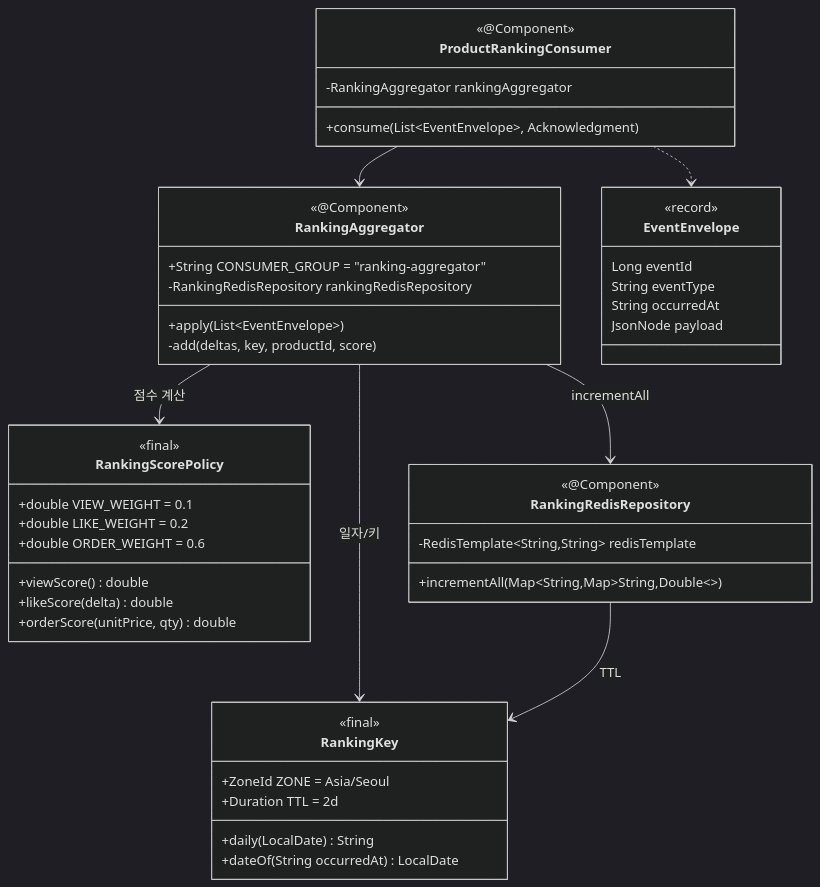
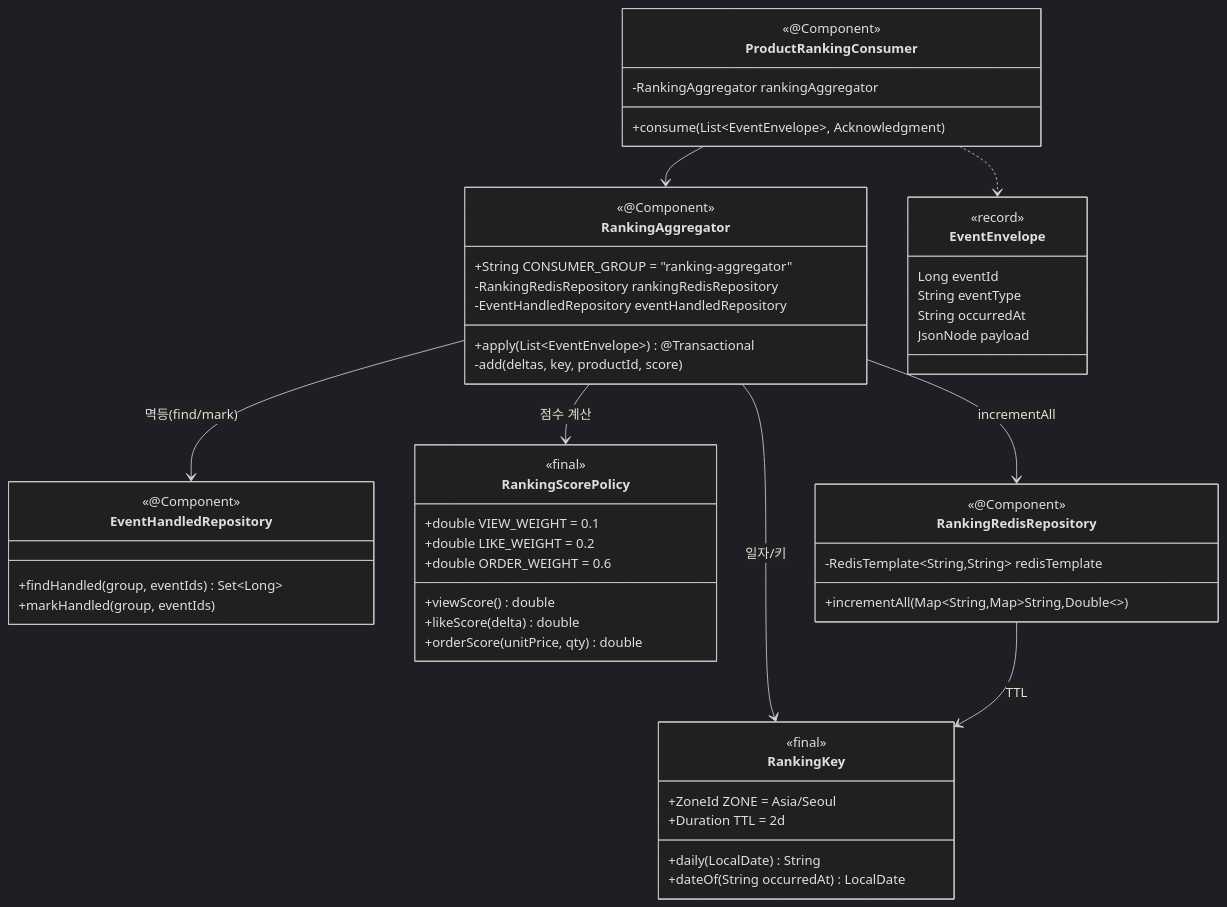
Before and after one commit to gamewithfriend/loop-pack-be-l2-vol4-java: the first of 3 diagrams in docs/week9/03-class-diagram.md, drawn with Mermaid (dark theme). The commit also changed other lines of this file and 3 other files, not shown here.

````diff
--- a/docs/week9/03-class-diagram.md
+++ b/docs/week9/03-class-diagram.md
@@ -12,50 +12,57 @@
 ```mermaid
 classDiagram
     class ProductRankingConsumer {
         <<@Component>>
         -RankingAggregator rankingAggregator
         +consume(List~EventEnvelope~, Acknowledgment)
     }
     class RankingAggregator {
         <<@Component>>
         +String CONSUMER_GROUP = "ranking-aggregator"
         -RankingRedisRepository rankingRedisRepository
-        +apply(List~EventEnvelope~)
+        -EventHandledRepository eventHandledRepository
+        +apply(List~EventEnvelope~) @Transactional
         -add(deltas, key, productId, score)
+    }
+    class EventHandledRepository {
+        <<@Component>>
+        +findHandled(group, eventIds) Set~Long~
+        +markHandled(group, eventIds)
     }
     class RankingScorePolicy {
         <<final>>
         +double VIEW_WEIGHT = 0.1
         +double LIKE_WEIGHT = 0.2
         +double ORDER_WEIGHT = 0.6
         +viewScore() double
         +likeScore(delta) double
         +orderScore(unitPrice, qty) double
     }
     class RankingRedisRepository {
         <<@Component>>
         -RedisTemplate~String,String~ redisTemplate
         +incrementAll(Map~String,Map~String,Double~~)
     }
     class RankingKey {
         <<final>>
         +ZoneId ZONE = Asia/Seoul
         +Duration TTL = 2d
         +daily(LocalDate) String
         +dateOf(String occurredAt) LocalDate
     }
     class EventEnvelope {
         <<record>>
         Long eventId
         String eventType
         String occurredAt
         JsonNode payload
     }
 
     ProductRankingConsumer --> RankingAggregator
     RankingAggregator --> RankingScorePolicy : 점수 계산
     RankingAggregator --> RankingKey : 일자/키
     RankingAggregator --> RankingRedisRepository : incrementAll
+    RankingAggregator --> EventHandledRepository : 멱등(find/mark)
     RankingRedisRepository --> RankingKey : TTL
     ProductRankingConsumer ..> EventEnvelope
 ```
````
